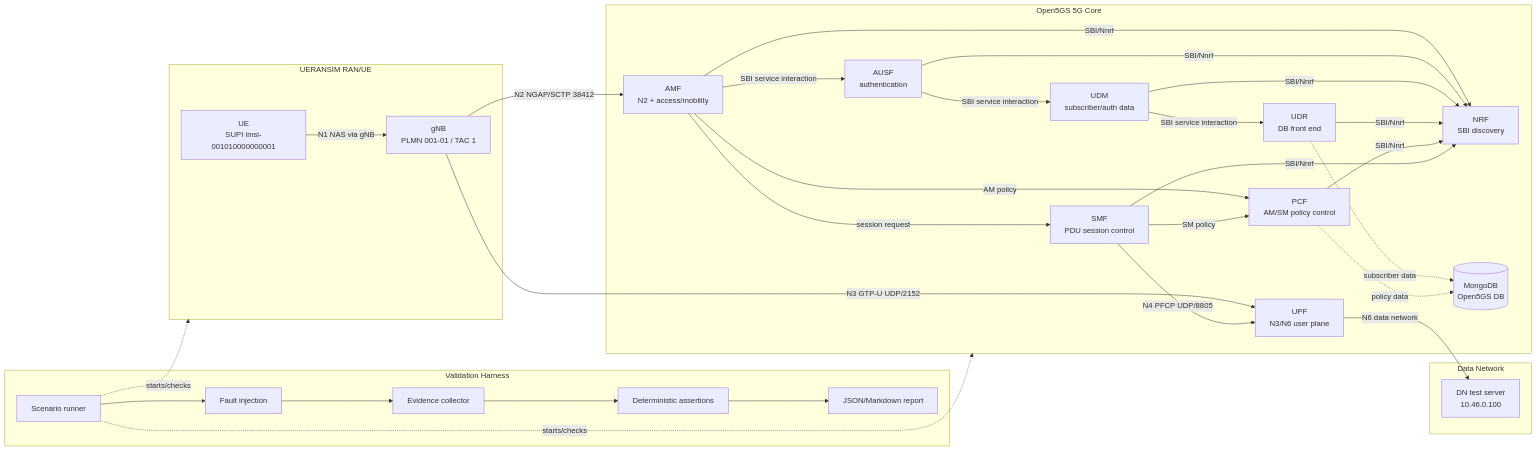
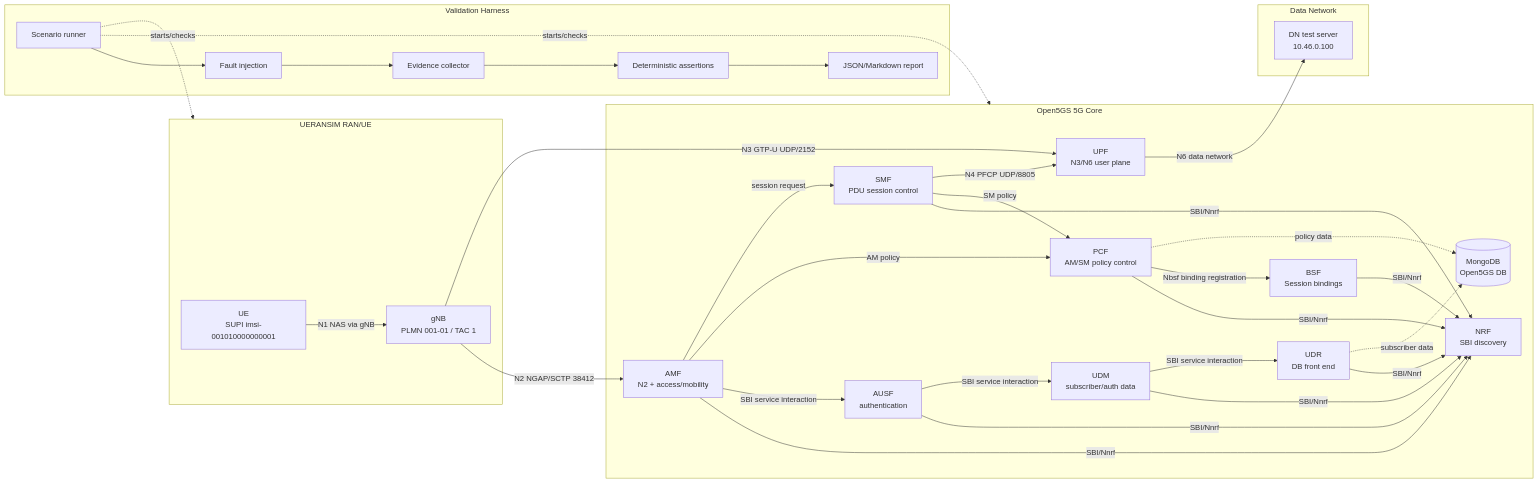
Before and after one commit to omidrahimirad/open5gs-ueransim-5g-sa-lab: the diagram in diagrams/5g_sa_lab_architecture.md, drawn with Mermaid. The commit also changed other lines of this file and 42 other files, not shown here.

````diff
--- a/diagrams/5g_sa_lab_architecture.md
+++ b/diagrams/5g_sa_lab_architecture.md
@@ -5,54 +5,57 @@
 ```mermaid
 flowchart LR
     subgraph RAN["UERANSIM RAN/UE"]
       UE["UE\nSUPI imsi-001010000000001"]
       GNB["gNB\nPLMN 001-01 / TAC 1"]
       UE -- "N1 NAS via gNB" --> GNB
     end
 
     subgraph CORE["Open5GS 5G Core"]
       NRF["NRF\nSBI discovery"]
       AMF["AMF\nN2 + access/mobility"]
       AUSF["AUSF\nauthentication"]
       UDM["UDM\nsubscriber/auth data"]
       UDR["UDR\nDB front end"]
       PCF["PCF\nAM/SM policy control"]
+      BSF["BSF\nSession bindings"]
       SMF["SMF\nPDU session control"]
       UPF["UPF\nN3/N6 user plane"]
       DB[("MongoDB\nOpen5GS DB")]
     end
 
     subgraph DN["Data Network"]
       DNSRV["DN test server\n10.46.0.100"]
     end
 
     subgraph VALIDATION["Validation Harness"]
       RUNNER["Scenario runner"]
       FAULT["Fault injection"]
       EVIDENCE["Evidence collector"]
       ASSERT["Deterministic assertions"]
       REPORT["JSON/Markdown report"]
       RUNNER --> FAULT --> EVIDENCE --> ASSERT --> REPORT
     end
 
     GNB -- "N2 NGAP/SCTP 38412" --> AMF
     GNB -- "N3 GTP-U UDP/2152" --> UPF
     AMF -- "SBI/Nnrf" --> NRF
     AUSF -- "SBI/Nnrf" --> NRF
     UDM -- "SBI/Nnrf" --> NRF
     UDR -- "SBI/Nnrf" --> NRF
     PCF -- "SBI/Nnrf" --> NRF
+    BSF -- "SBI/Nnrf" --> NRF
+    PCF -- "Nbsf binding registration" --> BSF
     SMF -- "SBI/Nnrf" --> NRF
     AMF -- "SBI service interaction" --> AUSF
     AUSF -- "SBI service interaction" --> UDM
     UDM -- "SBI service interaction" --> UDR
     AMF -- "AM policy" --> PCF
     SMF -- "SM policy" --> PCF
     AMF -- "session request" --> SMF
     SMF -- "N4 PFCP UDP/8805" --> UPF
     UDR -. "subscriber data" .-> DB
     PCF -. "policy data" .-> DB
     UPF -- "N6 data network" --> DNSRV
     RUNNER -. "starts/checks" .-> CORE
     RUNNER -. "starts/checks" .-> RAN
 ```
````
